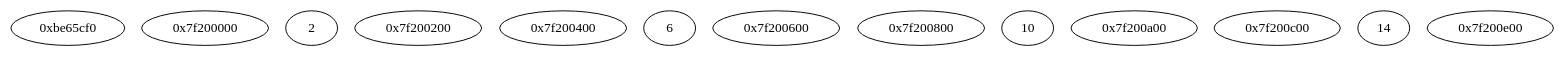
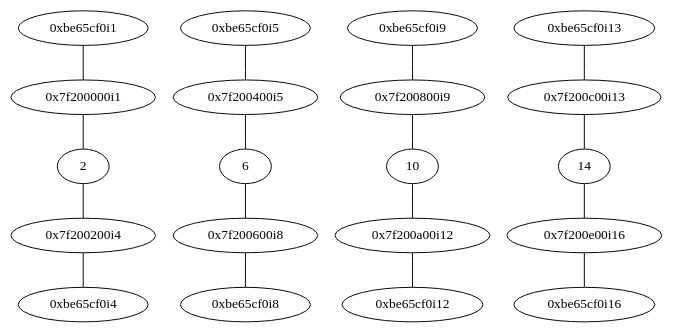
Before and after one commit to HPCSGOlab/Pinsight-GraphViz: the diagram in python-rewrite/data.dot, drawn with Graphviz. The commit also changed 2 other files, not shown here.

```diff
--- a/python-rewrite/data.dot
+++ b/python-rewrite/data.dot
@@ -1,15 +1,18 @@
 strict graph "" {
-	"0xbe65cf0";
-	"0x7f200000";
-	2;
-	"0x7f200200";
-	"0x7f200400";
-	6;
-	"0x7f200600";
-	"0x7f200800";
-	10;
-	"0x7f200a00";
-	"0x7f200c00";
-	14;
-	"0x7f200e00";
+	"0xbe65cf0i1" -- "0x7f200000i1";
+	"0x7f200000i1" -- 2;
+	2 -- "0x7f200200i4";
+	"0x7f200200i4" -- "0xbe65cf0i4";
+	"0xbe65cf0i5" -- "0x7f200400i5";
+	"0x7f200400i5" -- 6;
+	6 -- "0x7f200600i8";
+	"0x7f200600i8" -- "0xbe65cf0i8";
+	"0xbe65cf0i9" -- "0x7f200800i9";
+	"0x7f200800i9" -- 10;
+	10 -- "0x7f200a00i12";
+	"0x7f200a00i12" -- "0xbe65cf0i12";
+	"0xbe65cf0i13" -- "0x7f200c00i13";
+	"0x7f200c00i13" -- 14;
+	14 -- "0x7f200e00i16";
+	"0x7f200e00i16" -- "0xbe65cf0i16";
 }
```
